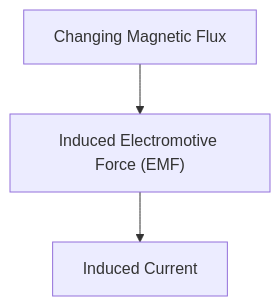
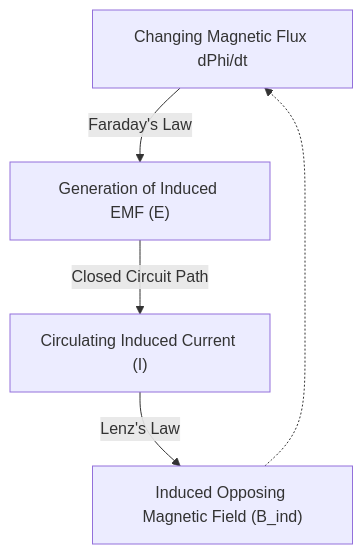
The diagram in content/post/physics-electromagnetic-induction/index.en.md (kenjinote/blog), drawn with Mermaid before and after one commit. The commit also changed other lines of this file and 219 other files, not shown here.

````diff
--- a/content/post/physics-electromagnetic-induction/index.en.md
+++ b/content/post/physics-electromagnetic-induction/index.en.md
@@ -17,5 +41,7 @@
 ```mermaid
 flowchart TD
-    A["Changing Magnetic Flux"] --> B["Induced Electromotive Force (EMF)"]
-    B --> C["Induced Current"]
+    A["Changing Magnetic Flux dPhi/dt"] -->|Faraday's Law| B["Generation of Induced EMF (E)"]
+    B -->|Closed Circuit Path| C["Circulating Induced Current (I)"]
+    C -->|Lenz's Law| D["Induced Opposing Magnetic Field (B_ind)"]
+    D -.-> A
 ```
````
